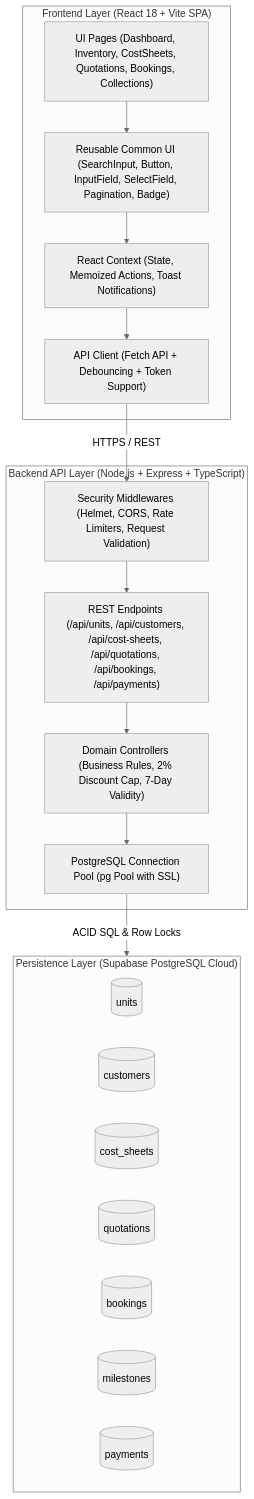
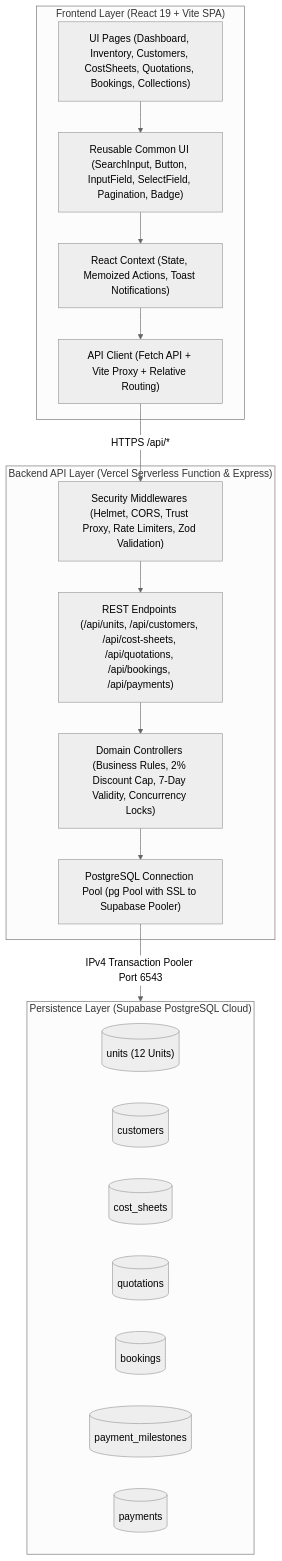
The first of 3 diagrams in README.md (789Abhi/Rohan-Tech-Assesment), drawn with Mermaid (neutral theme) before and after one commit. The commit also changed other lines of this file, not shown here.

Commit message:
docs: update README with unified monorepo setup, vercel serverless architecture, and customer delete API

````diff
--- a/README.md
+++ b/README.md
@@ -45,35 +48,35 @@
 ```mermaid
 flowchart TD
-    subgraph ClientLayer["Frontend Layer (React 18 + Vite SPA)"]
-        UI["UI Pages (Dashboard, Inventory, CostSheets, Quotations, Bookings, Collections)"]
+    subgraph ClientLayer["Frontend Layer (React 19 + Vite SPA)"]
+        UI["UI Pages (Dashboard, Inventory, Customers, CostSheets, Quotations, Bookings, Collections)"]
         GlobalComps["Reusable Common UI (SearchInput, Button, InputField, SelectField, Pagination, Badge)"]
         AppContext["React Context (State, Memoized Actions, Toast Notifications)"]
-        APIClient["API Client (Fetch API + Debouncing + Token Support)"]
+        APIClient["API Client (Fetch API + Vite Proxy + Relative Routing)"]
     end
 
-    subgraph ServerLayer["Backend API Layer (Node.js + Express + TypeScript)"]
-        Middlewares["Security Middlewares (Helmet, CORS, Rate Limiters, Request Validation)"]
+    subgraph ServerLayer["Backend API Layer (Vercel Serverless Function & Express)"]
+        Middlewares["Security Middlewares (Helmet, CORS, Trust Proxy, Rate Limiters, Zod Validation)"]
         Routes["REST Endpoints (/api/units, /api/customers, /api/cost-sheets, /api/quotations, /api/bookings, /api/payments)"]
-        Controllers["Domain Controllers (Business Rules, 2% Discount Cap, 7-Day Validity)"]
-        DBPool["PostgreSQL Connection Pool (pg Pool with SSL)"]
+        Controllers["Domain Controllers (Business Rules, 2% Discount Cap, 7-Day Validity, Concurrency Locks)"]
+        DBPool["PostgreSQL Connection Pool (pg Pool with SSL to Supabase Pooler)"]
     end
 
     subgraph DataLayer["Persistence Layer (Supabase PostgreSQL Cloud)"]
-        UnitsTable[("units")]
+        UnitsTable[("units (12 Units)")]
         CustomersTable[("customers")]
         CostSheetsTable[("cost_sheets")]
         QuotationsTable[("quotations")]
         BookingsTable[("bookings")]
-        MilestonesTable[("milestones")]
+        MilestonesTable[("payment_milestones")]
         PaymentsTable[("payments")]
     end
 
     UI --> GlobalComps
     GlobalComps --> AppContext
     AppContext --> APIClient
-    APIClient -->|HTTPS / REST| Middlewares
+    APIClient -->|HTTPS /api/*| Middlewares
     Middlewares --> Routes
     Routes --> Controllers
     Controllers --> DBPool
-    DBPool -->|ACID SQL & Row Locks| DataLayer
+    DBPool -->|IPv4 Transaction Pooler Port 6543| DataLayer
 ```
````
